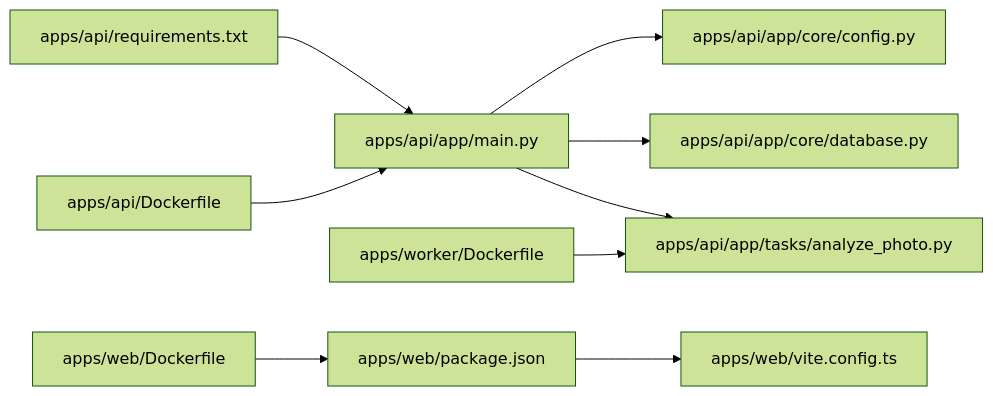
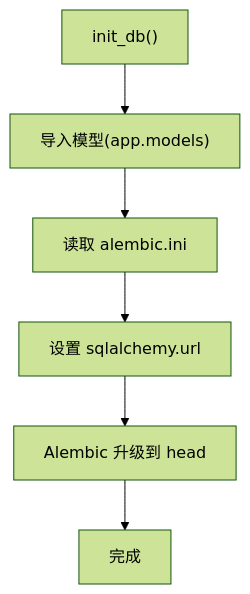
One commit to selectzhangyuan/AI-photo-coach changed the fourth of 5 diagrams in .qoder/repowiki/zh/content/快速开始.md. Above: the diagram before and after it, drawn with Mermaid (forest theme). The commit also changed other lines of this file and 128 other files, not shown here.

````diff
--- a/.qoder/repowiki/zh/content/快速开始.md
+++ b/.qoder/repowiki/zh/content/快速开始.md
@@ -229,11 +179,8 @@
 ```mermaid
-graph LR
-A["apps/web/package.json"] --> B["apps/web/vite.config.ts"]
-C["apps/api/requirements.txt"] --> D["apps/api/app/main.py"]
-D --> E["apps/api/app/core/config.py"]
-D --> F["apps/api/app/core/database.py"]
-D --> G["apps/api/app/tasks/analyze_photo.py"]
-H["apps/worker/Dockerfile"] --> G
-I["apps/api/Dockerfile"] --> D
-J["apps/web/Dockerfile"] --> A
+flowchart TD
+A["init_db()"] --> B["导入模型(app.models)"]
+B --> C["读取 alembic.ini"]
+C --> D["设置 sqlalchemy.url"]
+D --> E["Alembic 升级到 head"]
+E --> F["完成"]
 ```
````
